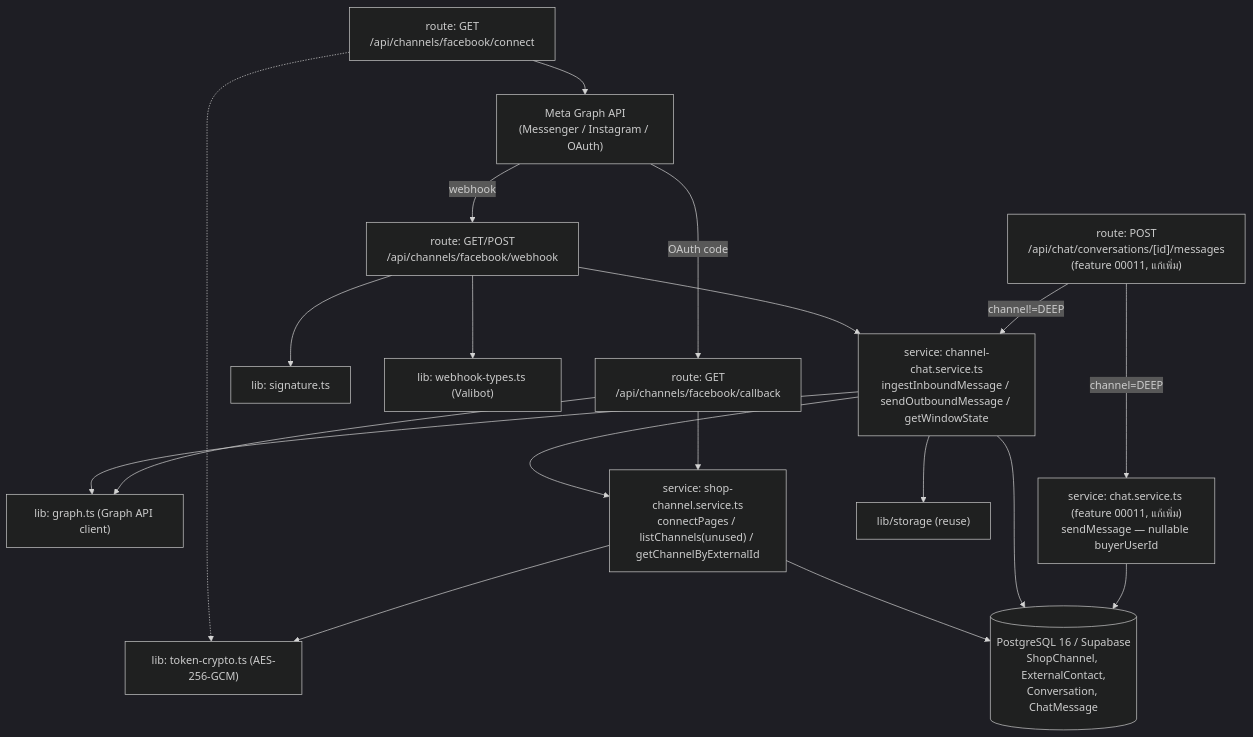
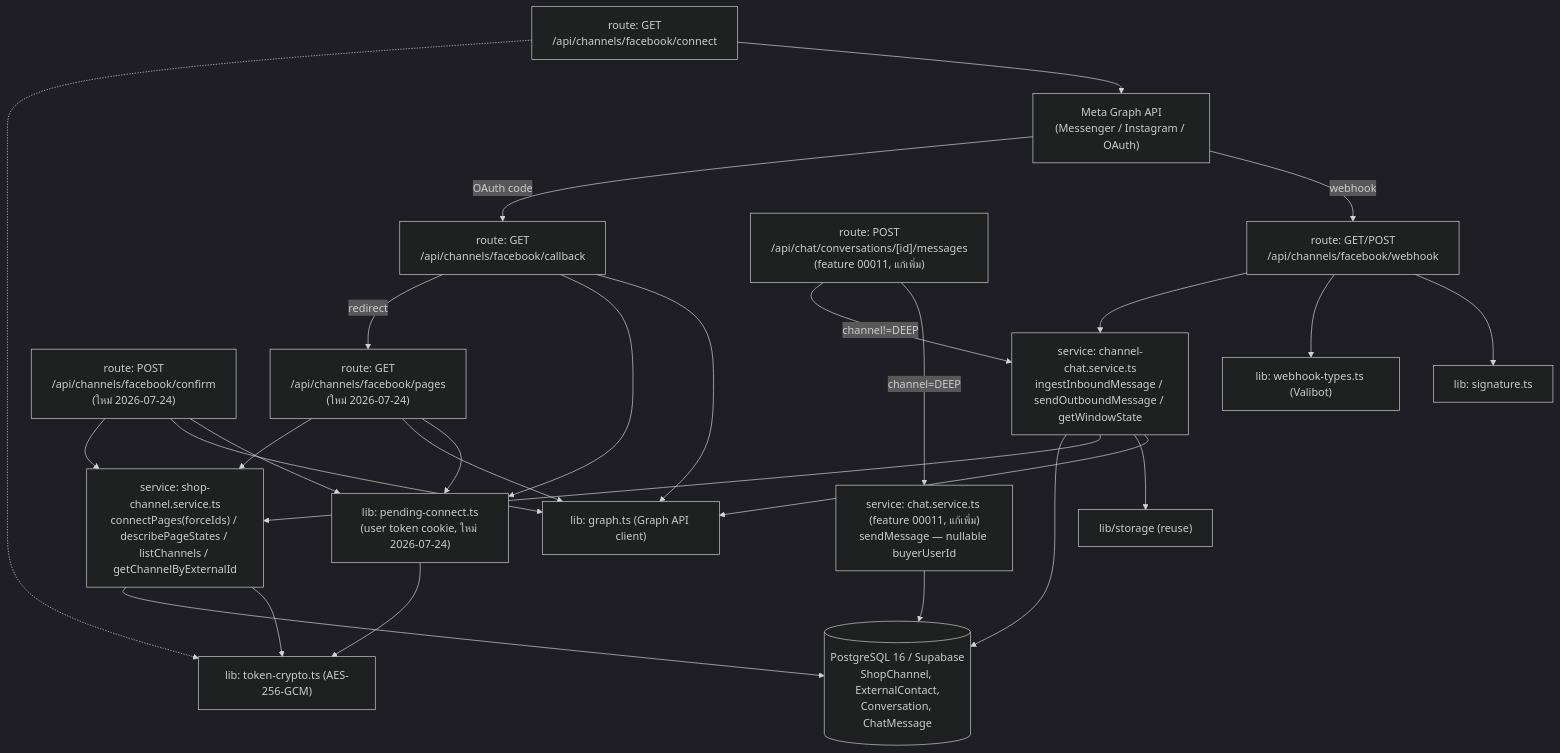
One commit to CodeCooLTH/deep-web changed the first of 3 diagrams in docs/20 - Features/00018 - Facebook Chat Integration/SDS.md. Above: the diagram before and after it, drawn with Mermaid (dark theme). The commit also changed other lines of this file and 1 other file, not shown here.

Commit message:
docs(00018): sync API/SDS — หน้าเลือกเพจ + endpoint pages/confirm + forceIds
API.md: เพิ่ม §4.4a GET /pages + §4.4b POST /confirm (request/response/error/authorization),
  แก้ §4.4 callback (ไม่ auto-connect → redirect ไปหน้าเลือกเพจ + cookie fb_channel_user_token),
  auth table + endpoint list + error summary (session_expired/no_shop/graph_error) + traceability
SDS.md: TD-006 (เหตุ+วิธีแก้พฤติกรรมเชื่อมเพจ 2026-07-24), diagram nodes/edges (PagesRoute/
  ConfirmRoute/PendingLib), component table (pending-connect.ts + connectPages(forceIds)/
  describePageStates), traceability TFR-FBC-07/08

sync กับโค้ดที่ deploy แล้ว (commit 7a7e5e77/93709491) — doc-first Hard Rule 11 back-fill

````diff
--- a/docs/20 - Features/00018 - Facebook Chat Integration/SDS.md
+++ b/docs/20 - Features/00018 - Facebook Chat Integration/SDS.md
@@ -56,42 +56,53 @@
 ```mermaid
 graph TD
     Meta["Meta Graph API<br/>(Messenger / Instagram / OAuth)"]
     WHRoute["route: GET/POST<br/>/api/channels/facebook/webhook"]
     ConnectRoute["route: GET<br/>/api/channels/facebook/connect"]
     CallbackRoute["route: GET<br/>/api/channels/facebook/callback"]
+    PagesRoute["route: GET<br/>/api/channels/facebook/pages<br/>(ใหม่ 2026-07-24)"]
+    ConfirmRoute["route: POST<br/>/api/channels/facebook/confirm<br/>(ใหม่ 2026-07-24)"]
     MsgRoute["route: POST<br/>/api/chat/conversations/[id]/messages<br/>(feature 00011, แก้เพิ่ม)"]
 
     SigLib["lib: signature.ts"]
     TypesLib["lib: webhook-types.ts (Valibot)"]
     GraphLib["lib: graph.ts (Graph API client)"]
     CryptoLib["lib: token-crypto.ts (AES-256-GCM)"]
+    PendingLib["lib: pending-connect.ts<br/>(user token cookie, ใหม่ 2026-07-24)"]
 
     ChanChatSvc["service: channel-chat.service.ts<br/>ingestInboundMessage / sendOutboundMessage / getWindowState"]
-    ShopChanSvc["service: shop-channel.service.ts<br/>connectPages / listChannels(unused) / getChannelByExternalId"]
+    ShopChanSvc["service: shop-channel.service.ts<br/>connectPages(forceIds) / describePageStates / listChannels / getChannelByExternalId"]
     ChatSvc["service: chat.service.ts (feature 00011, แก้เพิ่ม)<br/>sendMessage — nullable buyerUserId"]
 
     DB[(PostgreSQL 16 / Supabase<br/>ShopChannel, ExternalContact,<br/>Conversation, ChatMessage)]
     Storage["lib/storage (reuse)"]
 
     Meta -->|webhook| WHRoute
     Meta -->|OAuth code| CallbackRoute
     ConnectRoute --> Meta
 
     WHRoute --> SigLib
     WHRoute --> TypesLib
     WHRoute --> ChanChatSvc
     ChanChatSvc --> GraphLib
     ChanChatSvc --> Storage
     ChanChatSvc --> ShopChanSvc
 
     ConnectRoute -.-> CryptoLib
     CallbackRoute --> GraphLib
-    CallbackRoute --> ShopChanSvc
+    CallbackRoute --> PendingLib
+    CallbackRoute -->|redirect| PagesRoute
+    PagesRoute --> PendingLib
+    PagesRoute --> GraphLib
+    PagesRoute --> ShopChanSvc
+    ConfirmRoute --> PendingLib
+    ConfirmRoute --> GraphLib
+    ConfirmRoute --> ShopChanSvc
+    PendingLib --> CryptoLib
     ShopChanSvc --> CryptoLib
     ShopChanSvc --> DB
 
     MsgRoute -->|channel=DEEP| ChatSvc
     MsgRoute -->|channel!=DEEP| ChanChatSvc
     ChanChatSvc --> DB
     ChatSvc --> DB
 ```
````
